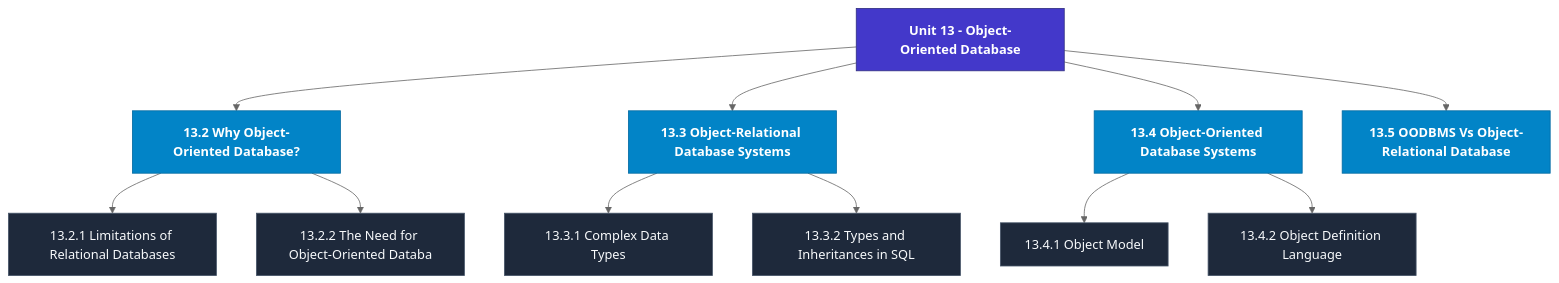
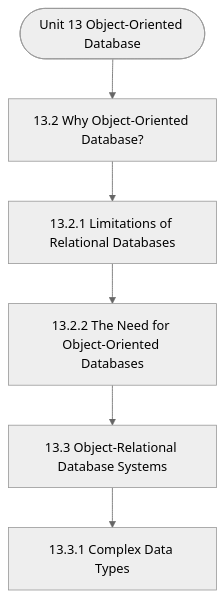
One commit to Asutosh-Coaching/mscdsa changed the diagram in notes/Semester_1/MCS-207_Database_Management_Systems/unit_13_Object-Oriented_Database.md. Above: the diagram before and after it, drawn with Mermaid (neutral theme). The commit also changed other lines of this file and 115 other files, not shown here.

Commit message:
Fix Mermaid layout for mobile, isolate LaTeX delimiters, and add GitHub Pages reader

````diff
--- a/notes/Semester_1/MCS-207_Database_Management_Systems/unit_13_Object-Oriented_Database.md
+++ b/notes/Semester_1/MCS-207_Database_Management_Systems/unit_13_Object-Oriented_Database.md
@@ -19,29 +19,14 @@
 ```mermaid
 flowchart TD
-  %% Styling Definitions
-  classDef head fill:#4338ca,stroke:#312e81,color:#ffffff,font-weight:bold;
-  classDef topic fill:#0284c7,stroke:#0369a1,color:#ffffff,font-weight:600;
-  classDef sub fill:#1e293b,stroke:#475569,color:#f8fafc;
-
-  Root["Unit 13 - Object-Oriented Database"]:::head
-  M1["13.2 Why Object-Oriented Database?"]:::topic
-  Root --> M1
-  M1_1["13.2.1 Limitations of Relational Databases"]:::sub
-  M1 --> M1_1
-  M1_2["13.2.2 The Need for Object-Oriented Databa"]:::sub
-  M1 --> M1_2
-  M2["13.3 Object-Relational Database Systems"]:::topic
-  Root --> M2
-  M2_1["13.3.1 Complex Data Types"]:::sub
-  M2 --> M2_1
-  M2_2["13.3.2 Types and Inheritances in SQL"]:::sub
-  M2 --> M2_2
-  M3["13.4 Object-Oriented Database Systems"]:::topic
-  Root --> M3
-  M3_1["13.4.1 Object Model"]:::sub
-  M3 --> M3_1
-  M3_2["13.4.2 Object Definition Language"]:::sub
-  M3 --> M3_2
-  M4["13.5 OODBMS Vs Object-Relational Database"]:::topic
-  Root --> M4
+  Start(["Unit 13 Object-Oriented Database"])
+  N1["13.2 Why Object-Oriented Database?"]
+  N2["13.2.1 Limitations of Relational Databases"]
+  N3["13.2.2 The Need for Object-Oriented Databases"]
+  N4["13.3 Object-Relational Database Systems"]
+  N5["13.3.1 Complex Data Types"]
+  Start --> N1
+  N1 --> N2
+  N2 --> N3
+  N3 --> N4
+  N4 --> N5
 ```
````
